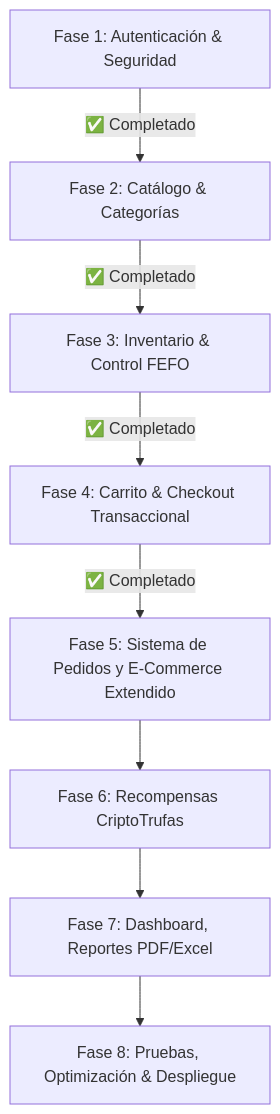
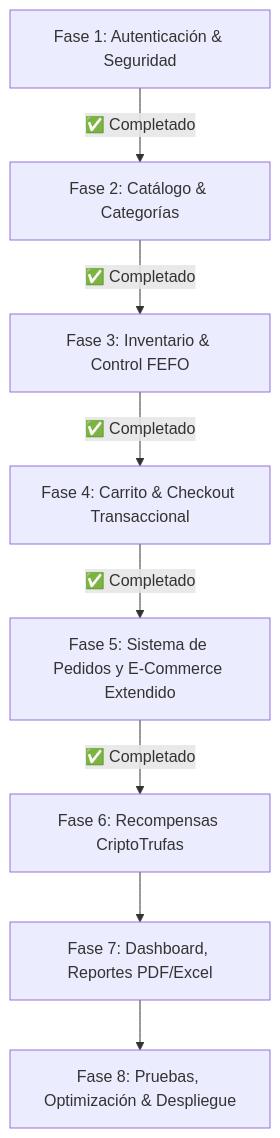
One commit to Gimms11/MitrufelyWeb changed the diagram in _docs/fases/plan_fases.md. Above: the diagram before and after it, drawn with Mermaid. The commit also changed other lines of this file and 51 other files, not shown here.

````diff
--- a/_docs/fases/plan_fases.md
+++ b/_docs/fases/plan_fases.md
@@ -9,10 +9,10 @@
 ```mermaid
 graph TD
     F1[Fase 1: Autenticación & Seguridad] -->|✅ Completado| F2[Fase 2: Catálogo & Categorías]
     F2 -->|✅ Completado| F3[Fase 3: Inventario & Control FEFO]
     F3 -->|✅ Completado| F4[Fase 4: Carrito & Checkout Transaccional]
     F4 -->|✅ Completado| F5[Fase 5: Sistema de Pedidos y E-Commerce Extendido]
-    F5 --> F6[Fase 6: Recompensas CriptoTrufas]
+    F5 -->|✅ Completado| F6[Fase 6: Recompensas CriptoTrufas]
     F6 --> F7[Fase 7: Dashboard, Reportes PDF/Excel]
     F7 --> F8[Fase 8: Pruebas, Optimización & Despliegue]
 ```
````
